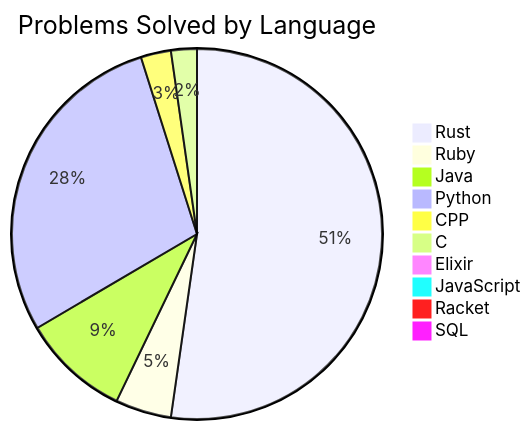
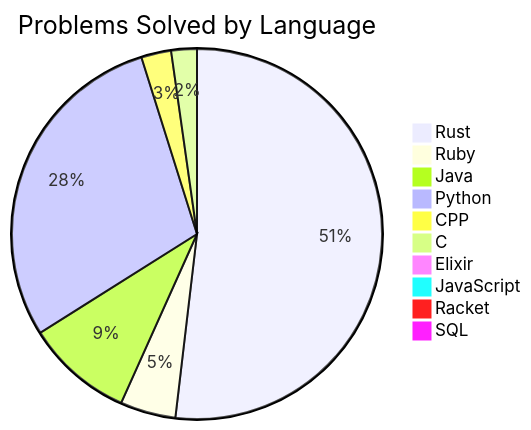
One commit to Liam-Wirth/leetcode-solutions changed the second of 2 diagrams in README.md. Above: the diagram before and after it, drawn with Mermaid. The commit also changed other lines of this file and 6 other files, not shown here.

````diff
--- a/README.md
+++ b/README.md
@@ -46,13 +46,13 @@
 ```mermaid
 pie title Problems Solved by Language
     "Rust": 139
     "Ruby": 13
     "Java": 25
-    "Python": 76
+    "Python": 78
     "CPP": 7
     "C": 6
     "Elixir": 1
     "JavaScript": 2
     "Racket": 1
     "SQL": 2
 ```
````
